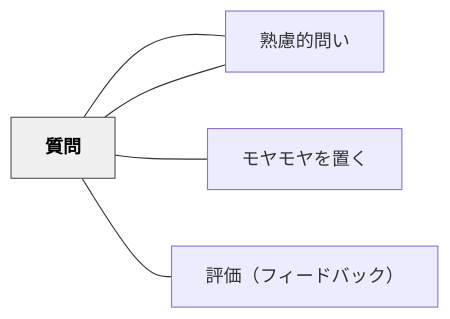
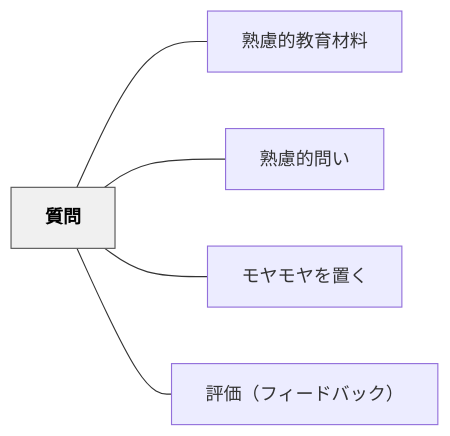
Before and after one commit to unknownthings-ed-patterns/unknownthings-ed-patterns: the diagram in content/パタン/質問.md, drawn with Mermaid. The commit also changed 527 other files, not shown here.

````diff
--- a/content/パタン/質問.md
+++ b/content/パタン/質問.md
@@ -45,16 +45,16 @@
 ```mermaid
 flowchart LR
     ne8b3aae5958f["質問"]
-    ne7869fe685ae["熟慮的教育材料"]
-    ne7869fe685ae["熟慮的問い"]
-    ne383a2e383a4["モヤモヤを置く"]
-    ne8a995e4bea1["評価（フィードバック）"]
+    ne7869fe685aee79a84e69599e882b2e69d90e69699["熟慮的教育材料"]
+    ne7869fe685aee79a84e5958fe38184["熟慮的問い"]
+    ne383a2e383a4e383a2e383a4e38292e7bdaee3818f["モヤモヤを置く"]
+    ne8a995e4bea1efbc88e38395e382a3e383bce38389e38390e38383e382afefbc89["評価（フィードバック）"]
 
-    ne8b3aae5958f --- ne7869fe685ae
-    ne8b3aae5958f --- ne7869fe685ae
-    ne8b3aae5958f --- ne383a2e383a4
-    ne8b3aae5958f --- ne8a995e4bea1
+    ne8b3aae5958f --- ne7869fe685aee79a84e69599e882b2e69d90e69699
+    ne8b3aae5958f --- ne7869fe685aee79a84e5958fe38184
+    ne8b3aae5958f --- ne383a2e383a4e383a2e383a4e38292e7bdaee3818f
+    ne8b3aae5958f --- ne8a995e4bea1efbc88e38395e382a3e383bce38389e38390e38383e382afefbc89
 
     classDef hub fill:#f0f0f0,stroke:#555,color:#000,font-weight:bold
     class ne8b3aae5958f hub
 ```
````
